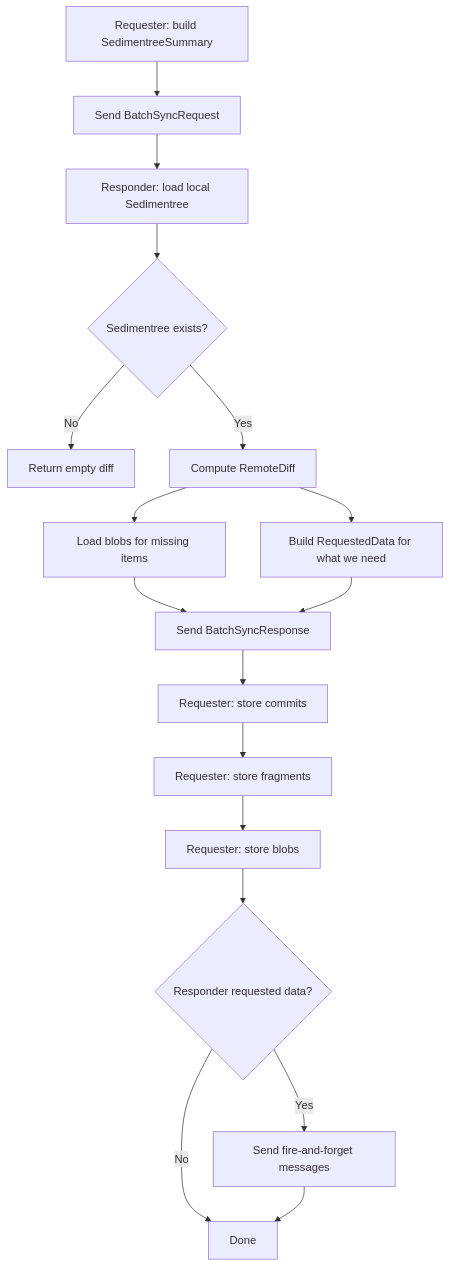
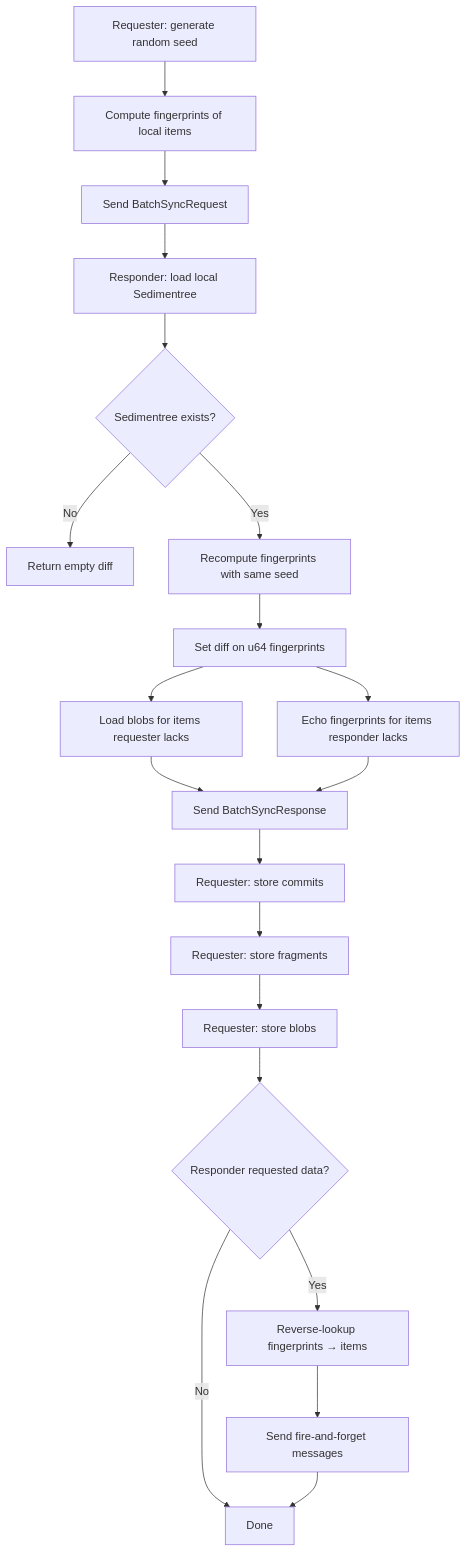
The second of 3 diagrams in design/sync/batch.md (inkandswitch/subduction), drawn with Mermaid before and after one commit. The commit also changed other lines of this file and 56 other files, not shown here.

````diff
--- a/design/sync/batch.md
+++ b/design/sync/batch.md
@@ -81,19 +119,22 @@
 ```mermaid
 flowchart TD
-    A[Requester: build SedimentreeSummary] --> B[Send BatchSyncRequest]
-    B --> C[Responder: load local Sedimentree]
-    C --> D{Sedimentree exists?}
-    D -->|No| E[Return empty diff]
-    D -->|Yes| F[Compute RemoteDiff]
-    F --> G[Load blobs for missing items]
-    F --> G2[Build RequestedData for what we need]
-    G --> H[Send BatchSyncResponse]
+    A["Requester: generate random seed"] --> A2["Compute fingerprints of local items"]
+    A2 --> B["Send BatchSyncRequest"]
+    B --> C["Responder: load local Sedimentree"]
+    C --> D{"Sedimentree exists?"}
+    D -->|No| E["Return empty diff"]
+    D -->|Yes| F["Recompute fingerprints with same seed"]
+    F --> F2["Set diff on u64 fingerprints"]
+    F2 --> G["Load blobs for items requester lacks"]
+    F2 --> G2["Echo fingerprints for items responder lacks"]
+    G --> H["Send BatchSyncResponse"]
     G2 --> H
-    H --> I[Requester: store commits]
-    I --> J[Requester: store fragments]
-    J --> K[Requester: store blobs]
-    K --> L{Responder requested data?}
-    L -->|Yes| M[Send fire-and-forget messages]
-    L -->|No| N[Done]
-    M --> N
+    H --> I["Requester: store commits"]
+    I --> J["Requester: store fragments"]
+    J --> K["Requester: store blobs"]
+    K --> L{"Responder requested data?"}
+    L -->|Yes| M["Reverse-lookup fingerprints → items"]
+    M --> M2["Send fire-and-forget messages"]
+    L -->|No| N["Done"]
+    M2 --> N
 ```
````
